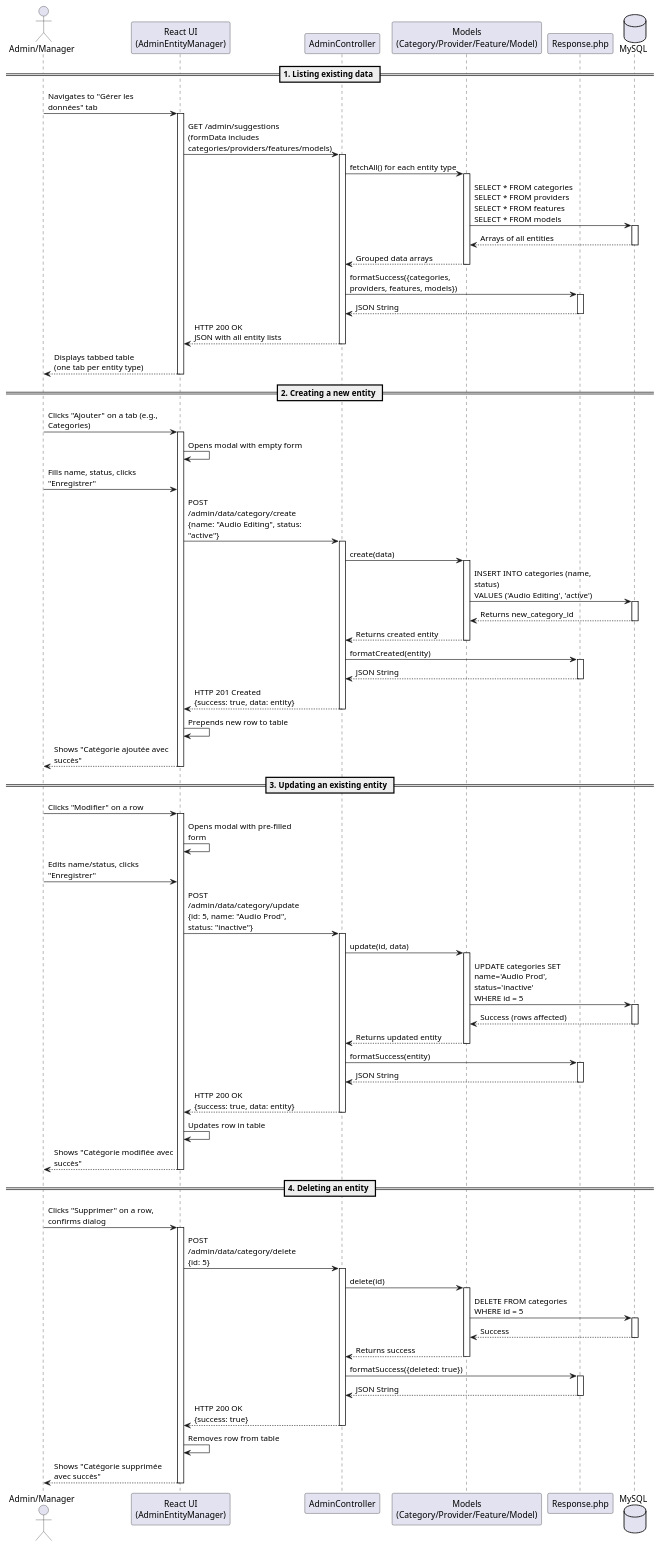
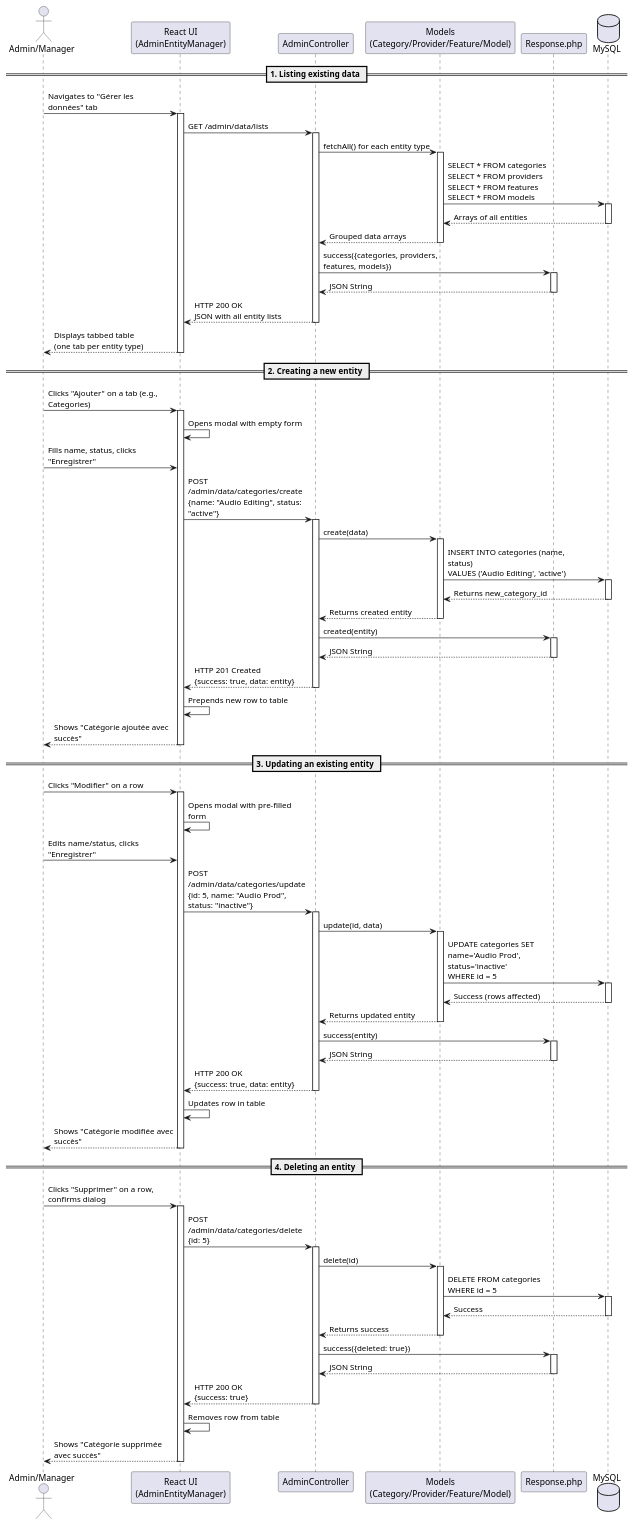
One commit to dss47/Penguins changed the diagram in docs/sequence/admin_data_crud.wsd. Above: the diagram before and after it, drawn with PlantUML. The commit also changed 11 other files, not shown here.

Commit message:
sequence edit

```diff
--- a/docs/sequence/admin_data_crud.wsd
+++ b/docs/sequence/admin_data_crud.wsd
@@ -1,129 +1,129 @@
 @startuml admin_data_management
 skinparam maxMessageSize 200
 
 actor "Admin/Manager" as admin
 participant "React UI\n(AdminEntityManager)" as react
 participant "AdminController" as controller
 participant "Models\n(Category/Provider/Feature/Model)" as model
 participant "Response.php" as res
 database "MySQL" as db
 
 
 == 1. Listing existing data ==
 
 admin -> react : Navigates to "Gérer les données" tab
 activate react
-  react -> controller : GET /admin/suggestions\n(formData includes categories/providers/features/models)
+  react -> controller : GET /admin/data/lists
   activate controller
     controller -> model : fetchAll() for each entity type
     activate model
       model -> db : SELECT * FROM categories\nSELECT * FROM providers\nSELECT * FROM features\nSELECT * FROM models
       activate db
         db --> model : Arrays of all entities
       deactivate db
       model --> controller : Grouped data arrays
     deactivate model
     
-    controller -> res : formatSuccess({categories, providers, features, models})
+    controller -> res : success({categories, providers, features, models})
     activate res
       res --> controller : JSON String
     deactivate res
     
     controller --> react : HTTP 200 OK\nJSON with all entity lists
   deactivate controller
   
   react --> admin : Displays tabbed table\n(one tab per entity type)
 deactivate react
 
 
 == 2. Creating a new entity ==
 
 admin -> react : Clicks "Ajouter" on a tab (e.g., Categories)
 activate react
   react -> react : Opens modal with empty form
   admin -> react : Fills name, status, clicks "Enregistrer"
   
-  react -> controller : POST /admin/data/category/create\n{name: "Audio Editing", status: "active"}
+  react -> controller : POST /admin/data/categories/create\n{name: "Audio Editing", status: "active"}
   activate controller
     controller -> model : create(data)
     activate model
       model -> db : INSERT INTO categories (name, status)\nVALUES ('Audio Editing', 'active')
       activate db
         db --> model : Returns new_category_id
       deactivate db
       model --> controller : Returns created entity
     deactivate model
     
-    controller -> res : formatCreated(entity)
+    controller -> res : created(entity)
     activate res
       res --> controller : JSON String
     deactivate res
     
     controller --> react : HTTP 201 Created\n{success: true, data: entity}
   deactivate controller
   
   react -> react : Prepends new row to table
   react --> admin : Shows "Catégorie ajoutée avec succès"
 deactivate react
 
 
 == 3. Updating an existing entity ==
 
 admin -> react : Clicks "Modifier" on a row
 activate react
   react -> react : Opens modal with pre-filled form
   admin -> react : Edits name/status, clicks "Enregistrer"
   
-  react -> controller : POST /admin/data/category/update\n{id: 5, name: "Audio Prod", status: "inactive"}
+  react -> controller : POST /admin/data/categories/update\n{id: 5, name: "Audio Prod", status: "inactive"}
   activate controller
     controller -> model : update(id, data)
     activate model
       model -> db : UPDATE categories SET name='Audio Prod', status='inactive'\nWHERE id = 5
       activate db
         db --> model : Success (rows affected)
       deactivate db
       model --> controller : Returns updated entity
     deactivate model
     
-    controller -> res : formatSuccess(entity)
+    controller -> res : success(entity)
     activate res
       res --> controller : JSON String
     deactivate res
     
     controller --> react : HTTP 200 OK\n{success: true, data: entity}
   deactivate controller
   
   react -> react : Updates row in table
   react --> admin : Shows "Catégorie modifiée avec succès"
 deactivate react
 
 
 == 4. Deleting an entity ==
 
 admin -> react : Clicks "Supprimer" on a row, confirms dialog
 activate react
-  
-  react -> controller : POST /admin/data/category/delete\n{id: 5}
+
+  react -> controller : POST /admin/data/categories/delete\n{id: 5}
   activate controller
     controller -> model : delete(id)
     activate model
       model -> db : DELETE FROM categories WHERE id = 5
       activate db
         db --> model : Success
       deactivate db
       model --> controller : Returns success
     deactivate model
     
-    controller -> res : formatSuccess({deleted: true})
+    controller -> res : success({deleted: true})
     activate res
       res --> controller : JSON String
     deactivate res
     
     controller --> react : HTTP 200 OK\n{success: true}
   deactivate controller
   
   react -> react : Removes row from table
   react --> admin : Shows "Catégorie supprimée avec succès"
 deactivate react
 
 @enduml
```
